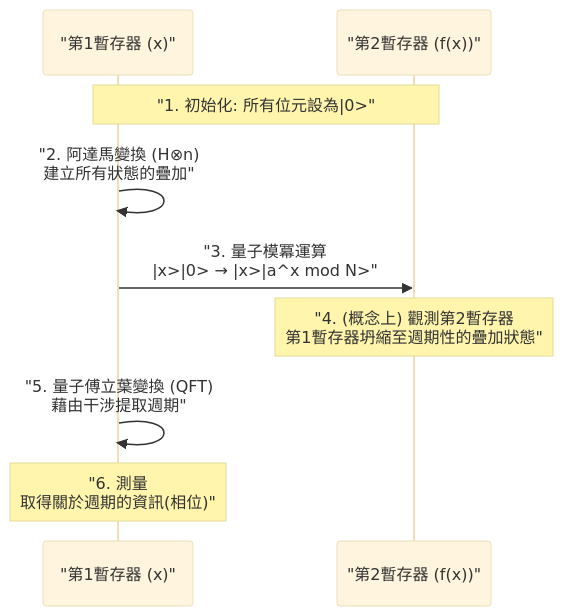
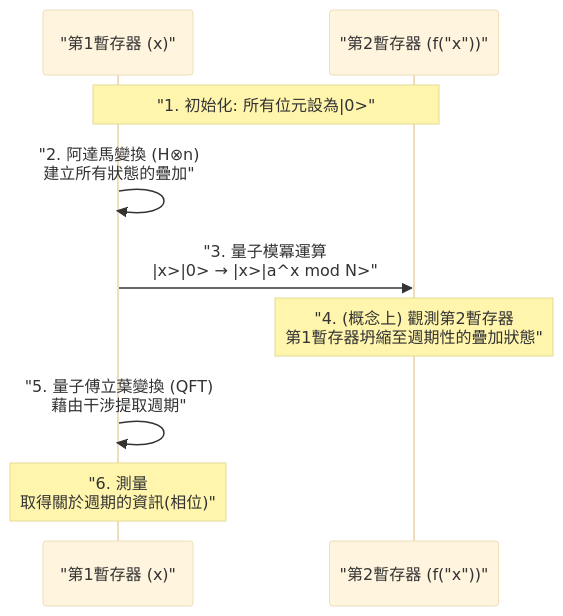
One commit to kenjinote/blog changed the second of 2 diagrams in content/post/quantum-computing-shors-algorithm/index.zh-tw.md. Above: the diagram before and after it, drawn with Mermaid (base theme). The commit also changed other lines of this file and 929 other files, not shown here.

Commit message:
fix: Add double quotes to all Mermaid node texts to resolve syntax errors

````diff
--- a/content/post/quantum-computing-shors-algorithm/index.zh-tw.md
+++ b/content/post/quantum-computing-shors-algorithm/index.zh-tw.md
@@ -197,12 +197,12 @@
 ```mermaid
 sequenceDiagram
     participant Q_Reg1 as "第1暫存器 (x)"
-    participant Q_Reg2 as "第2暫存器 (f(x))"
+    participant Q_Reg2 as "第2暫存器 (f("x"))"
     
     Note over Q_Reg1,Q_Reg2: "1. 初始化: 所有位元設為|0>"
     Q_Reg1->>Q_Reg1: "2. 阿達馬變換 (H⊗n) <br/>建立所有狀態的疊加"
     Q_Reg1->>Q_Reg2: "3. 量子模冪運算 <br/> |x>|0> → |x>|a^x mod N>"
     Note over Q_Reg2: "4. (概念上) 觀測第2暫存器<br/>第1暫存器坍縮至週期性的疊加狀態"
     Q_Reg1->>Q_Reg1: "5. 量子傅立葉變換 (QFT)<br/>藉由干涉提取週期"
     Note over Q_Reg1: "6. 測量<br/>取得關於週期的資訊(相位)"
 ```
````
